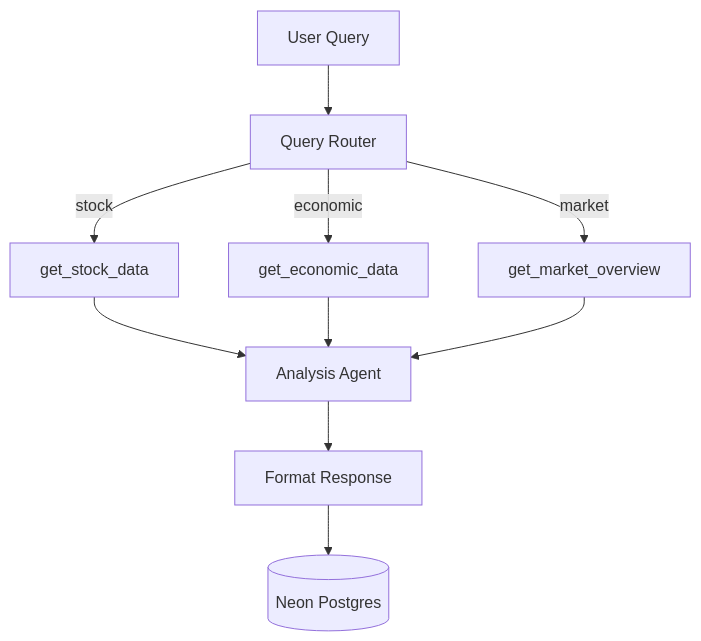
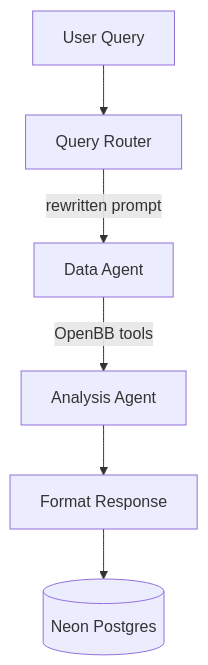
One commit to RichChang963/Trading-Assistant changed the diagram in README.md. Above: the diagram before and after it, drawn with Mermaid. The commit also changed other lines of this file and 4 other files, not shown here.

````diff
--- a/README.md
+++ b/README.md
@@ -99,10 +77,8 @@
 ```mermaid
 graph TD
     A[User Query] --> B[Query Router]
-    B -->|stock| C1[get_stock_data]
-    B -->|economic| C2[get_economic_data]
-    B -->|market| C3[get_market_overview]
-    C1 & C2 & C3 --> D[Analysis Agent]
+    B -->|rewritten prompt| C[Data Agent]
+    C -->|OpenBB tools| D[Analysis Agent]
     D --> E[Format Response]
     E --> F[(Neon Postgres)]
 ```
````
